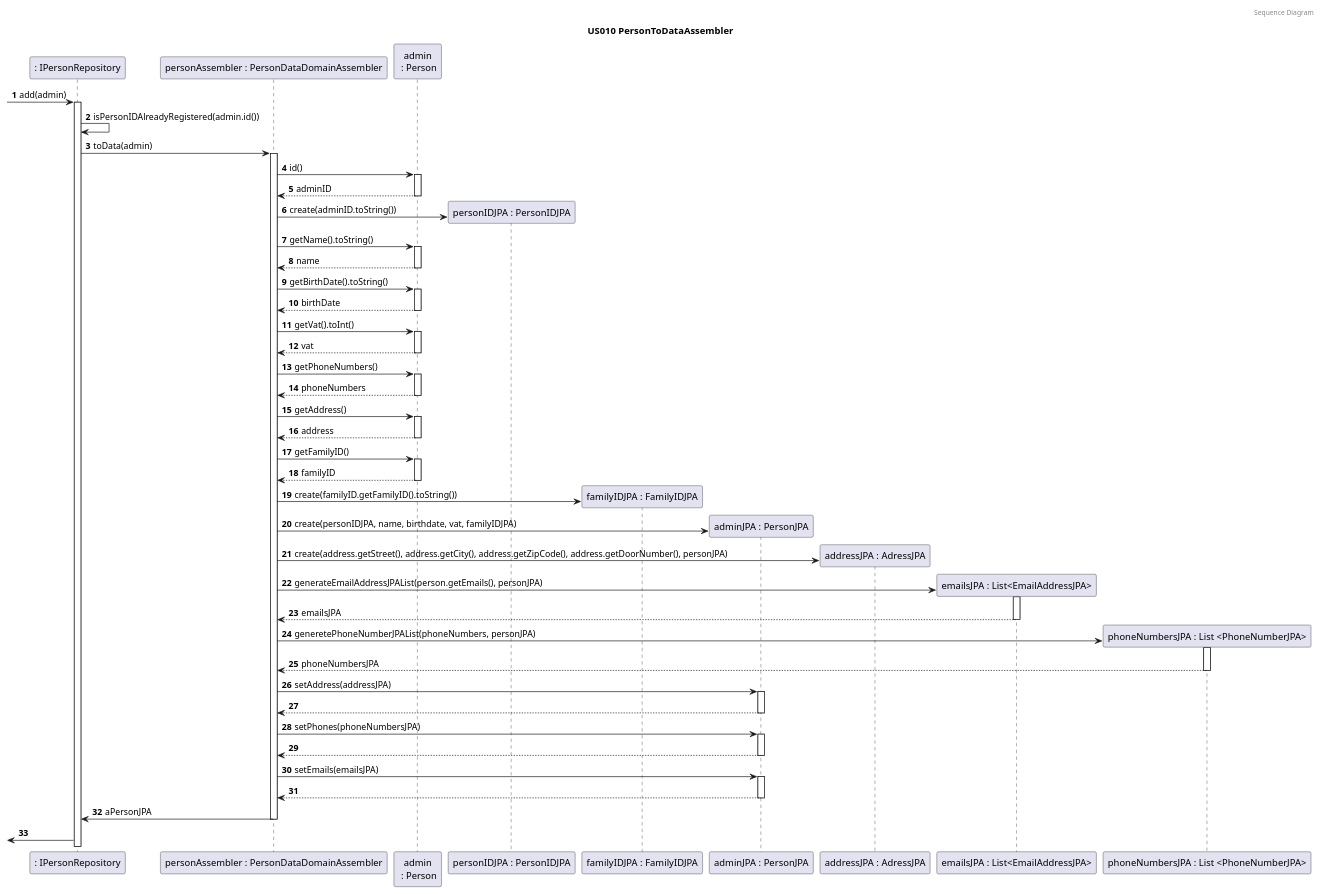
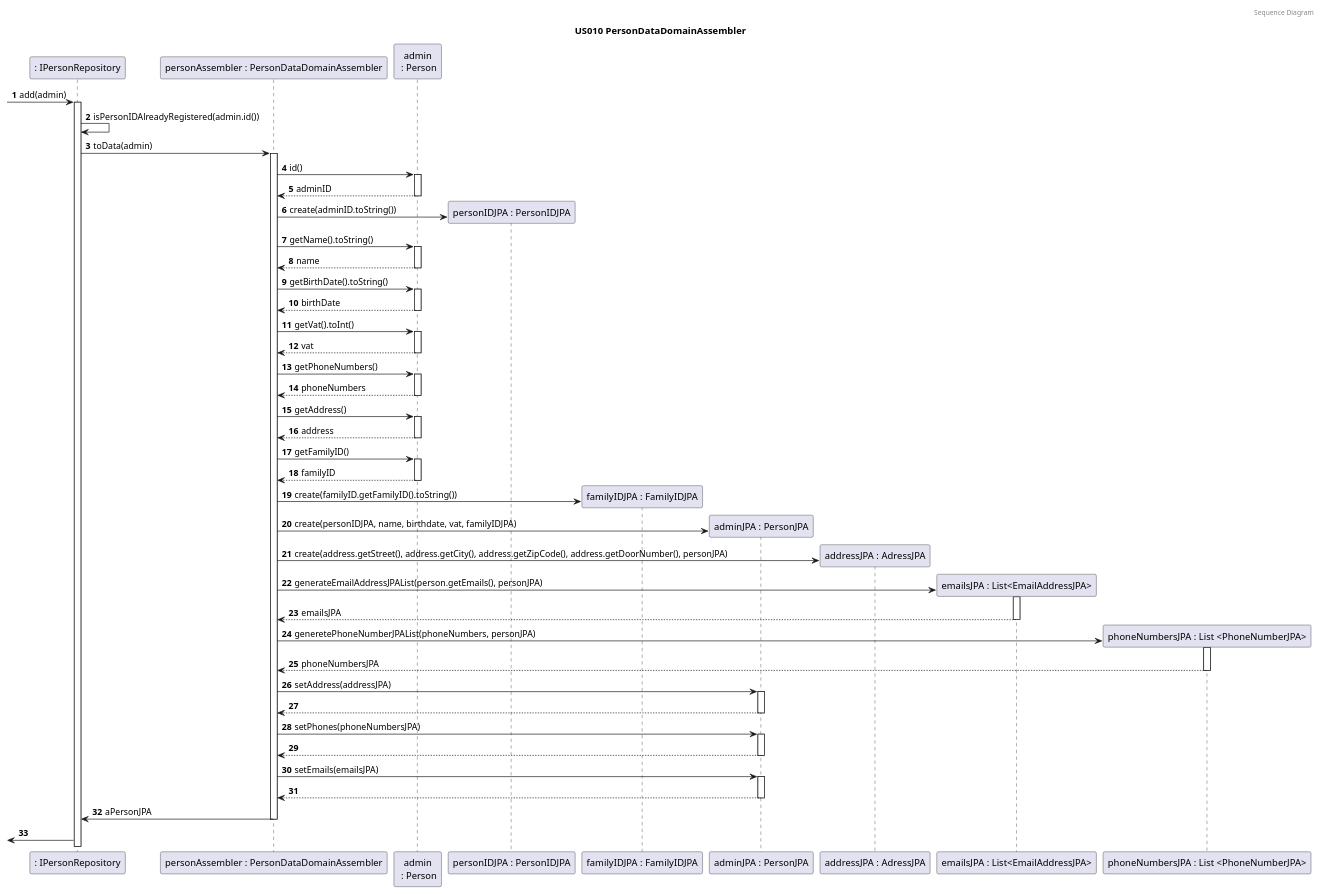
The seventh of 8 diagrams in docs/sprint4/user_stories/US010_CreateAFamilyAndSetAdministrator.md (tomas-osswald/switch_2020_g3), drawn with PlantUML before and after one commit. The commit also changed other lines of this file, not shown here.

Commit message:
fix naming diagrams

```diff
--- a/docs/sprint4/user_stories/US010_CreateAFamilyAndSetAdministrator.md
+++ b/docs/sprint4/user_stories/US010_CreateAFamilyAndSetAdministrator.md
@@ -275,7 +275,7 @@
 
 autonumber
 header Sequence Diagram
-title US010 PersonToDataAssembler
+title US010 PersonDataDomainAssembler
 
 participant ": IPersonRepository" as personRepository
 participant "personAssembler : PersonDataDomainAssembler" as assembler
```
